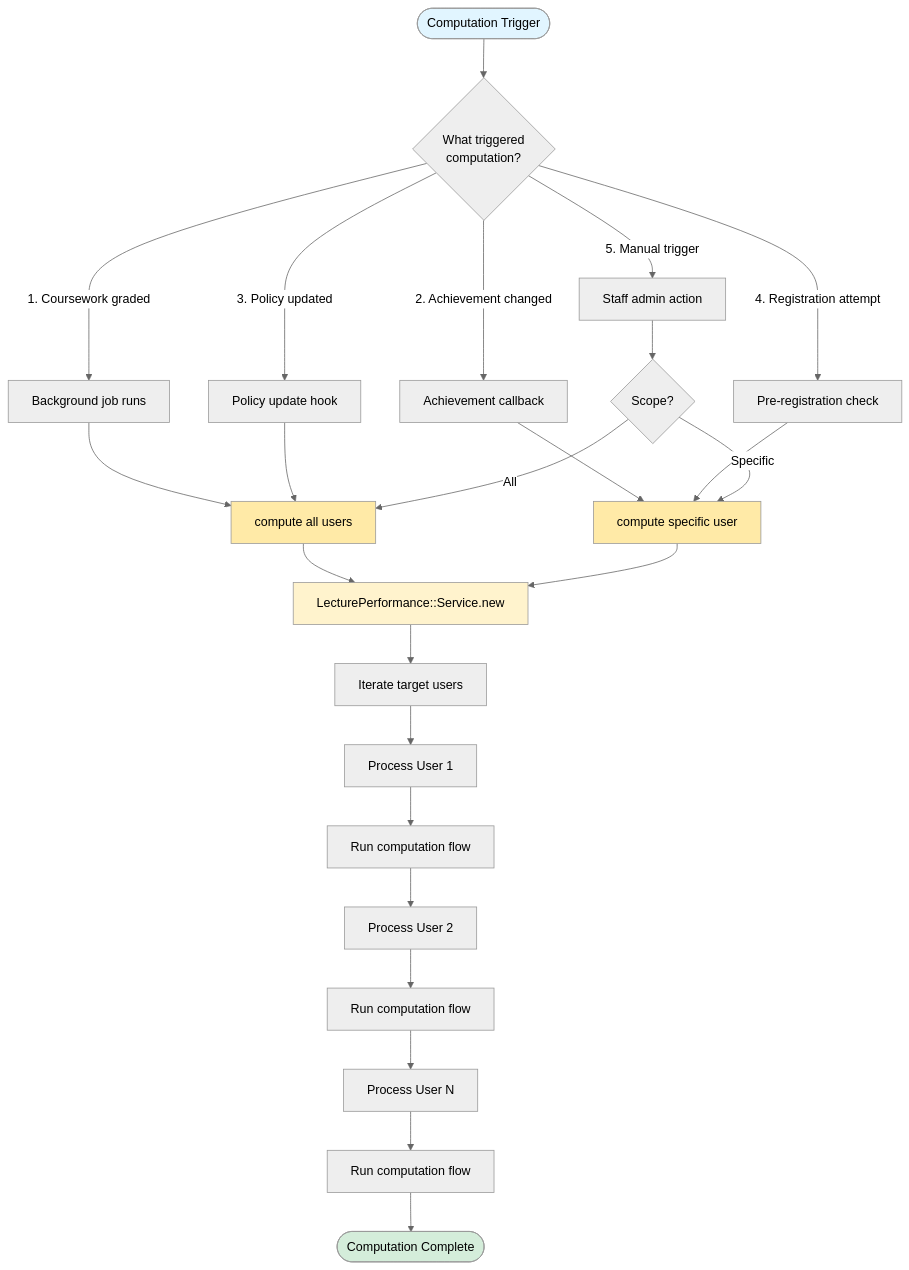
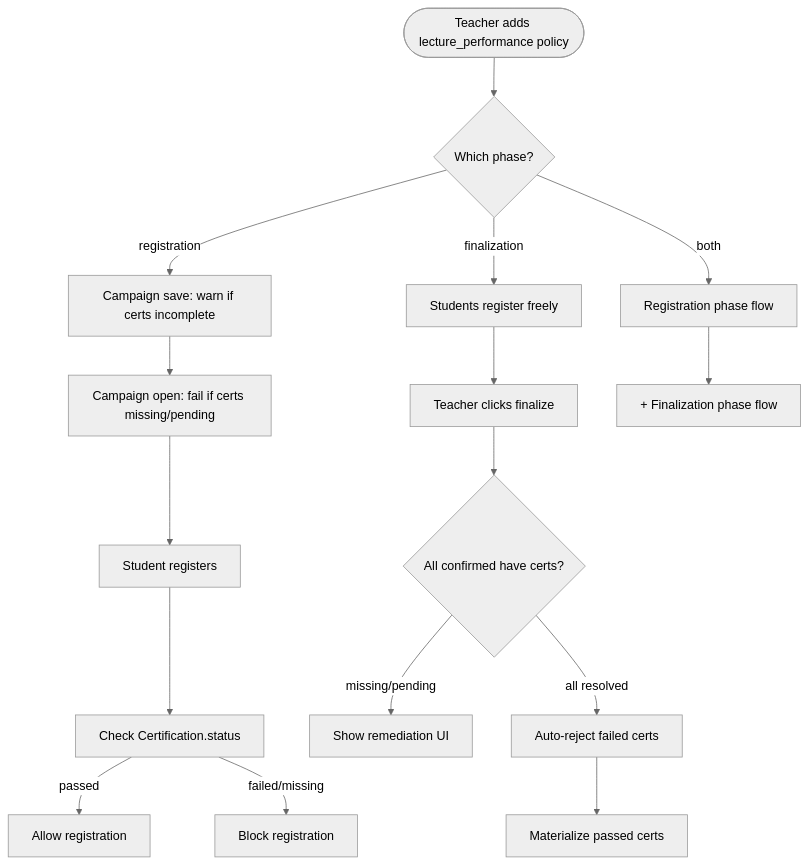
One commit to MaMpf-HD/mampf changed the first of 3 diagrams in architecture/src/features/05-lecture-performance.md. Above: the diagram before and after it, drawn with Mermaid (neutral theme). The commit also changed other lines of this file and 12 other files, not shown here.

````diff
--- a/architecture/src/features/05-lecture-performance.md
+++ b/architecture/src/features/05-lecture-performance.md
@@ -425,38 +674,21 @@
 ```mermaid
 flowchart TD
-    Start([Computation Trigger]) --> TriggerType{What triggered<br/>computation?}
-    
-    TriggerType -->|1. Coursework graded| BgJob[Background job runs]
-    TriggerType -->|2. Achievement changed| AchCallback[Achievement callback]
-    TriggerType -->|3. Policy updated| PolicyUpdate[Policy update hook]
-    TriggerType -->|4. Registration attempt| RegCheck[Pre-registration check]
-    TriggerType -->|5. Manual trigger| AdminAction[Staff admin action]
-    
-    BgJob --> ComputeAll[compute all users]
-    AchCallback --> ComputeOne[compute specific user]
-    PolicyUpdate --> ComputeAll
-    RegCheck --> ComputeOne
-    AdminAction --> ComputeChoice{Scope?}
-    ComputeChoice -->|All| ComputeAll
-    ComputeChoice -->|Specific| ComputeOne
-    
-    ComputeAll --> ServiceInit[LecturePerformance::Service.new]
-    ComputeOne --> ServiceInit
-    
-    ServiceInit --> IterateUsers[Iterate target users]
-    
-    IterateUsers --> User1[Process User 1]
-    User1 --> CompFlow1[Run computation flow]
-    CompFlow1 --> User2[Process User 2]
-    User2 --> CompFlow2[Run computation flow]
-    CompFlow2 --> UserN[Process User N]
-    UserN --> CompFlowN[Run computation flow]
-    
-    CompFlowN --> Done([Computation Complete])
-    
-    style Start fill:#e1f5ff
-    style Done fill:#d4edda
-    style ServiceInit fill:#fff3cd
-    style ComputeAll fill:#ffeaa7
-    style ComputeOne fill:#ffeaa7
+  Start([Teacher adds lecture_performance policy]) --> Phase{Which phase?}
+
+  Phase -- registration --> RegSetup[Campaign save: warn if certs incomplete]
+  RegSetup --> RegOpen[Campaign open: fail if certs missing/pending]
+  RegOpen --> RegRuntime[Student registers]
+  RegRuntime --> CertCheck1[Check Certification.status]
+  CertCheck1 -- passed --> Allow[Allow registration]
+  CertCheck1 -- failed/missing --> Block[Block registration]
+
+  Phase -- finalization --> FinSetup[Students register freely]
+  FinSetup --> FinTrigger[Teacher clicks finalize]
+  FinTrigger --> CertCheck2{All confirmed have certs?}
+  CertCheck2 -- missing/pending --> Remediate[Show remediation UI]
+  CertCheck2 -- all resolved --> AutoReject[Auto-reject failed certs]
+  AutoReject --> Materialize[Materialize passed certs]
+
+  Phase -- both --> BothReg[Registration phase flow]
+  BothReg --> BothFin[+ Finalization phase flow]
 ```
````
